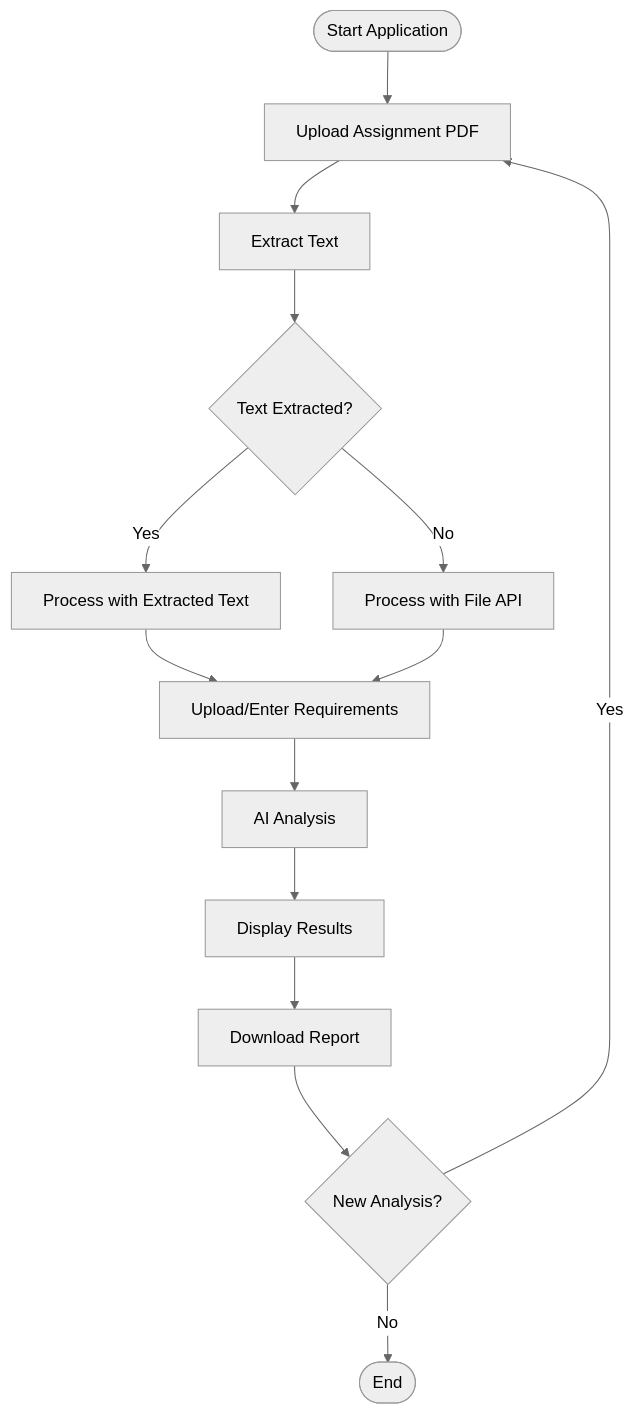
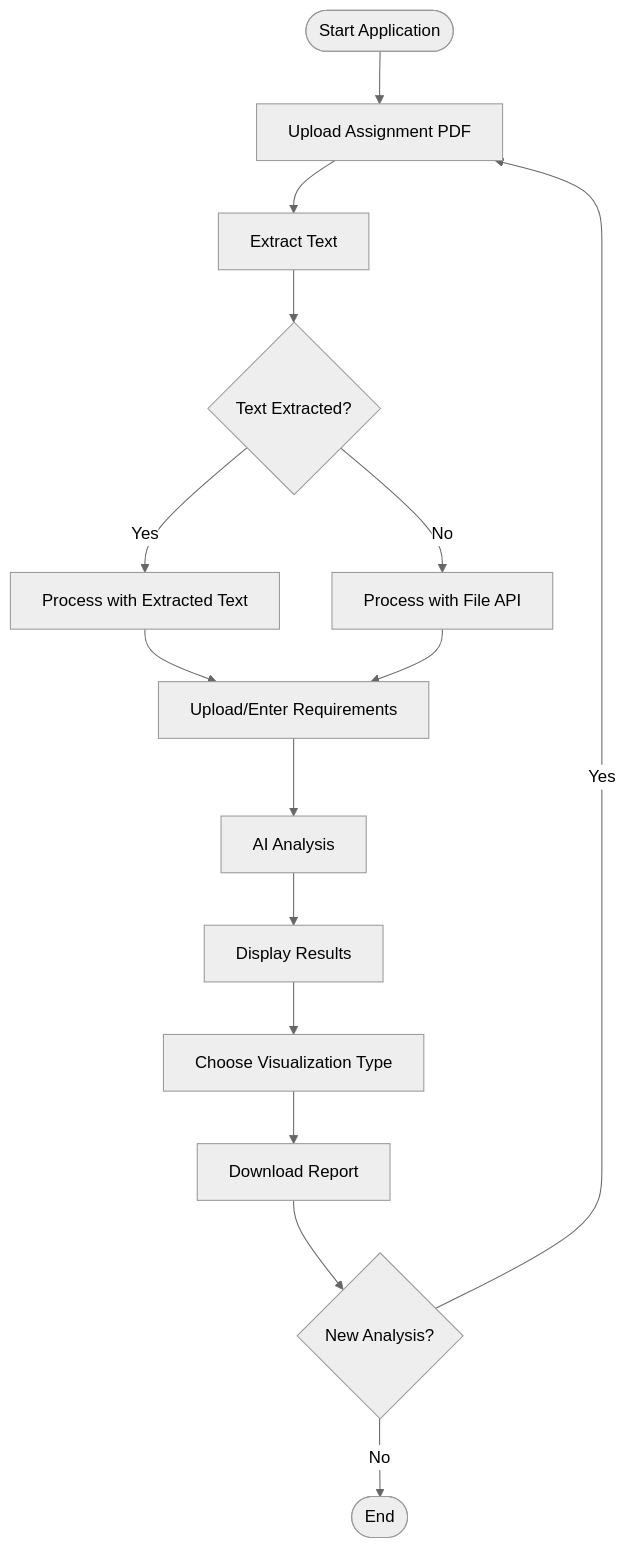
One commit to aabdullah27/AI_Assignment_Feedback changed the second of 3 diagrams in README.md. Above: the diagram before and after it, drawn with Mermaid (neutral theme). The commit also changed other lines of this file, not shown here.

````diff
--- a/README.md
+++ b/README.md
@@ -84,19 +85,20 @@
 ```mermaid
 flowchart TB
     Start([Start Application]) --> Upload[Upload Assignment PDF]
     Upload --> Extract[Extract Text]
     Extract --> Decision{Text Extracted?}
     Decision -->|Yes| TextPath[Process with Extracted Text]
     Decision -->|No| FilePath[Process with File API]
     
     TextPath --> Requirements[Upload/Enter Requirements]
     FilePath --> Requirements
     
     Requirements --> Analysis[AI Analysis]
     Analysis --> Results[Display Results]
-    Results --> Download[Download Report]
+    Results --> Visualize[Choose Visualization Type]
+    Visualize --> Download[Download Report]
     
     Download --> NewAnalysis{New Analysis?}
     NewAnalysis -->|Yes| Upload
     NewAnalysis -->|No| End([End])
 ```
````
